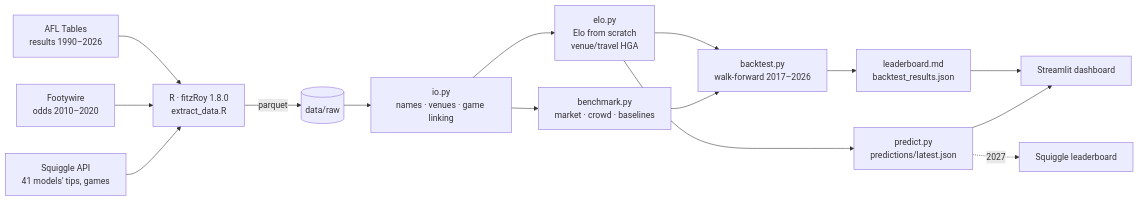
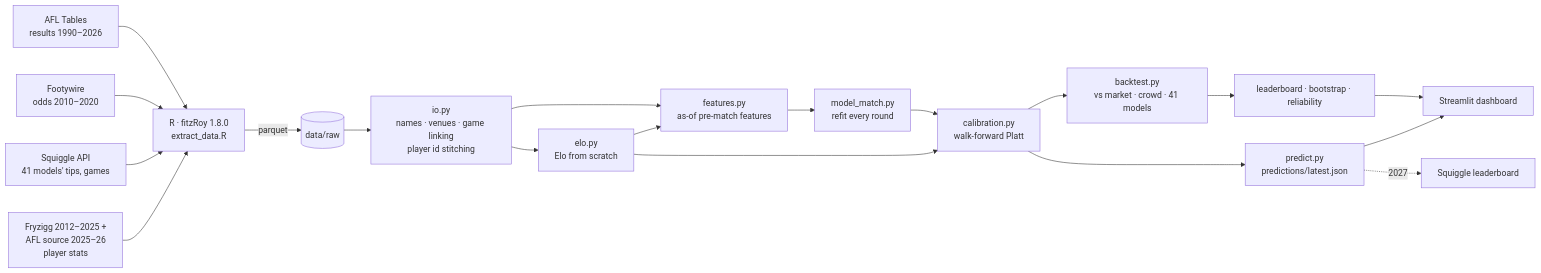
One commit to KarthikReddy-Tanigundala/footyforecast changed the diagram in README.md. Above: the diagram before and after it, drawn with Mermaid. The commit also changed other lines of this file and 31 other files, not shown here.

First line of the commit message:
Phase 2: pre-match features, walk-forward ML, calibration

````diff
--- a/README.md
+++ b/README.md
@@ -59,17 +77,21 @@
 ```mermaid
 flowchart LR
     A[AFL Tables<br/>results 1990–2026] --> R
     B[Footywire<br/>odds 2010–2020] --> R
     C[Squiggle API<br/>41 models' tips, games] --> R
+    P[Fryzigg 2012–2025 +<br/>AFL source 2025–26<br/>player stats] --> R
     R[R · fitzRoy 1.8.0<br/>extract_data.R] -->|parquet| D[(data/raw)]
-    D --> E[io.py<br/>names · venues · game linking]
-    E --> F[elo.py<br/>Elo from scratch<br/>venue/travel HGA]
-    F --> G[backtest.py<br/>walk-forward 2017–2026]
-    E --> H[benchmark.py<br/>market · crowd · baselines]
-    H --> G
-    G --> I[leaderboard.md<br/>backtest_results.json]
-    F --> J[predict.py<br/>predictions/latest.json]
+    D --> E[io.py<br/>names · venues · game linking<br/>player id stitching]
+    E --> F[elo.py<br/>Elo from scratch]
+    E --> X[features.py<br/>as-of pre-match features]
+    F --> X
+    X --> M[model_match.py<br/>refit every round]
+    M --> C2[calibration.py<br/>walk-forward Platt]
+    F --> C2
+    C2 --> G[backtest.py<br/>vs market · crowd · 41 models]
+    G --> I[leaderboard · bootstrap · reliability]
+    C2 --> J[predict.py<br/>predictions/latest.json]
     I --> K[Streamlit dashboard]
     J --> K
     J -.2027.-> L[Squiggle leaderboard]
 ```
````
